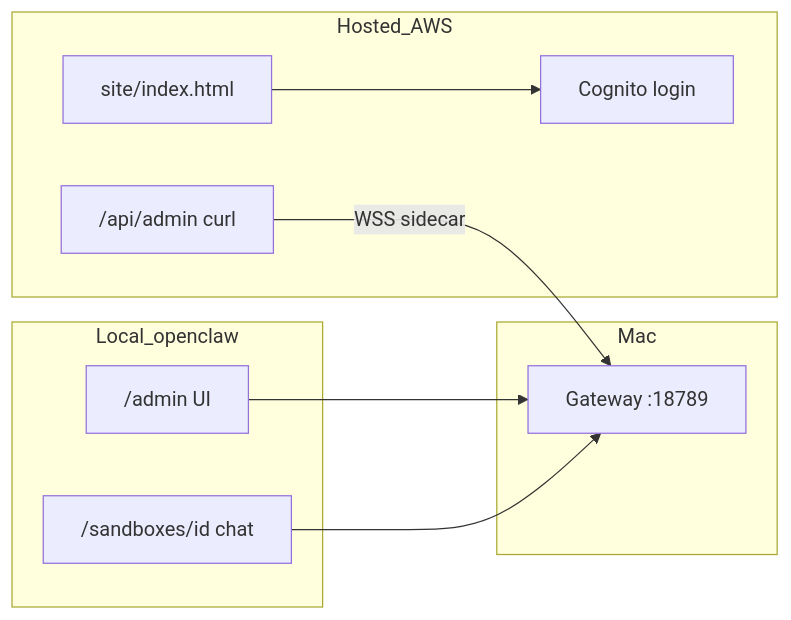
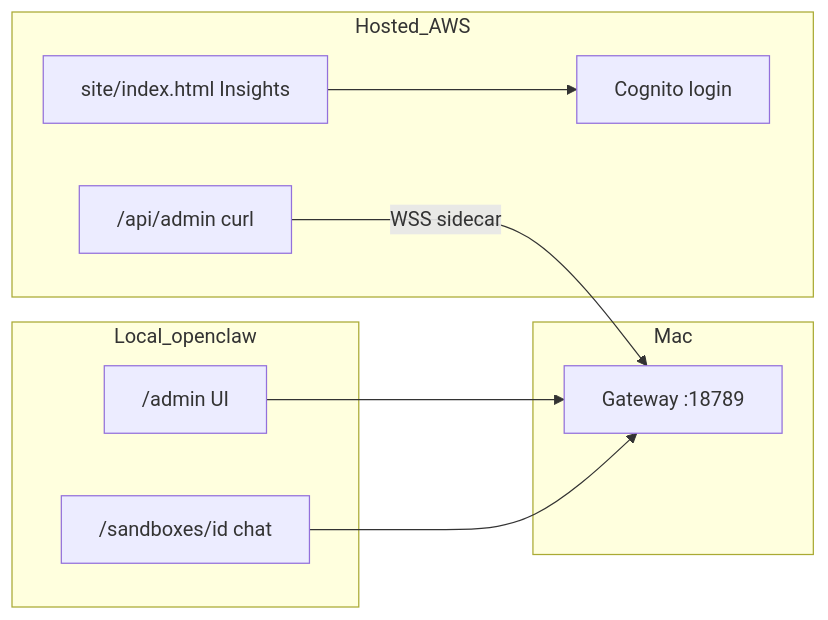
Before and after one commit to samoclay/openclaw-gateway: the diagram in INTEGRATION.md, drawn with Mermaid. The commit also changed other lines of this file and 37 other files, not shown here.

````diff
--- a/INTEGRATION.md
+++ b/INTEGRATION.md
@@ -25,19 +41,19 @@
 ```mermaid
 flowchart LR
   subgraph localUX [Local_openclaw]
     AdminUI["/admin UI"]
     ChatUI["/sandboxes/id chat"]
   end
   subgraph hostedUX [Hosted_AWS]
-    Landing["site/index.html"]
+    Landing["site/index.html Insights"]
     Cognito["Cognito login"]
     AdminAPI["/api/admin curl"]
   end
   subgraph mac [Mac]
     GW["Gateway :18789"]
   end
   AdminUI --> GW
   ChatUI --> GW
   Landing --> Cognito
   AdminAPI -->|"WSS sidecar"| GW
 ```
````
